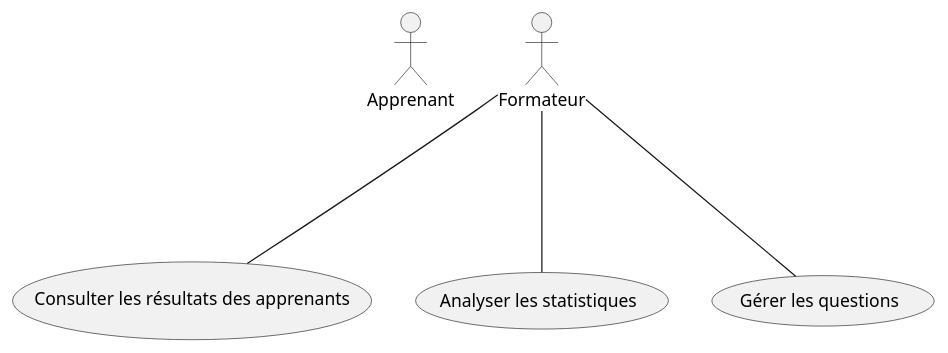
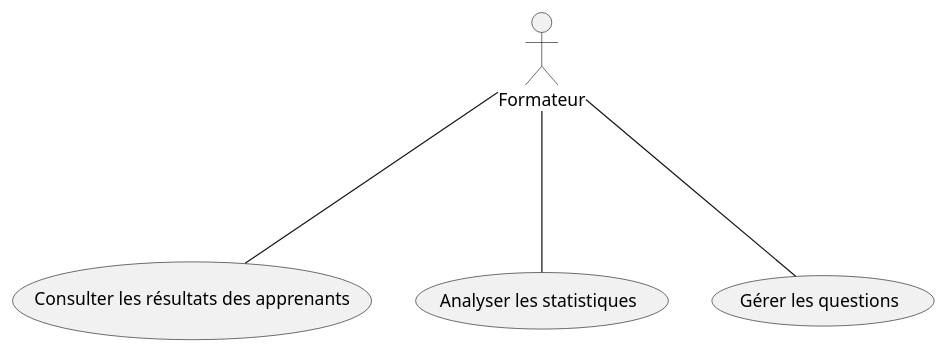
Before and after one commit to dinadehbi/Fille-Rouge-Soli-LMS: the diagram in Branch-Foctionelle/Analyse/Use-Case-Sprint-2.puml, drawn with PlantUML. The commit also changed 1 other file, not shown here.

```diff
--- a/Branch-Foctionelle/Analyse/Use-Case-Sprint-2.puml
+++ b/Branch-Foctionelle/Analyse/Use-Case-Sprint-2.puml
@@ -1,12 +1,11 @@
 @startuml
-actor Apprenant
 actor Formateur
 
 usecase "Consulter les résultats des apprenants" as UC6
 usecase "Analyser les statistiques" as UC7
 usecase "Gérer les questions" as UC8
 
 Formateur -down-- UC6
 Formateur -down-- UC7
 Formateur -down-- UC8
 @enduml
```
